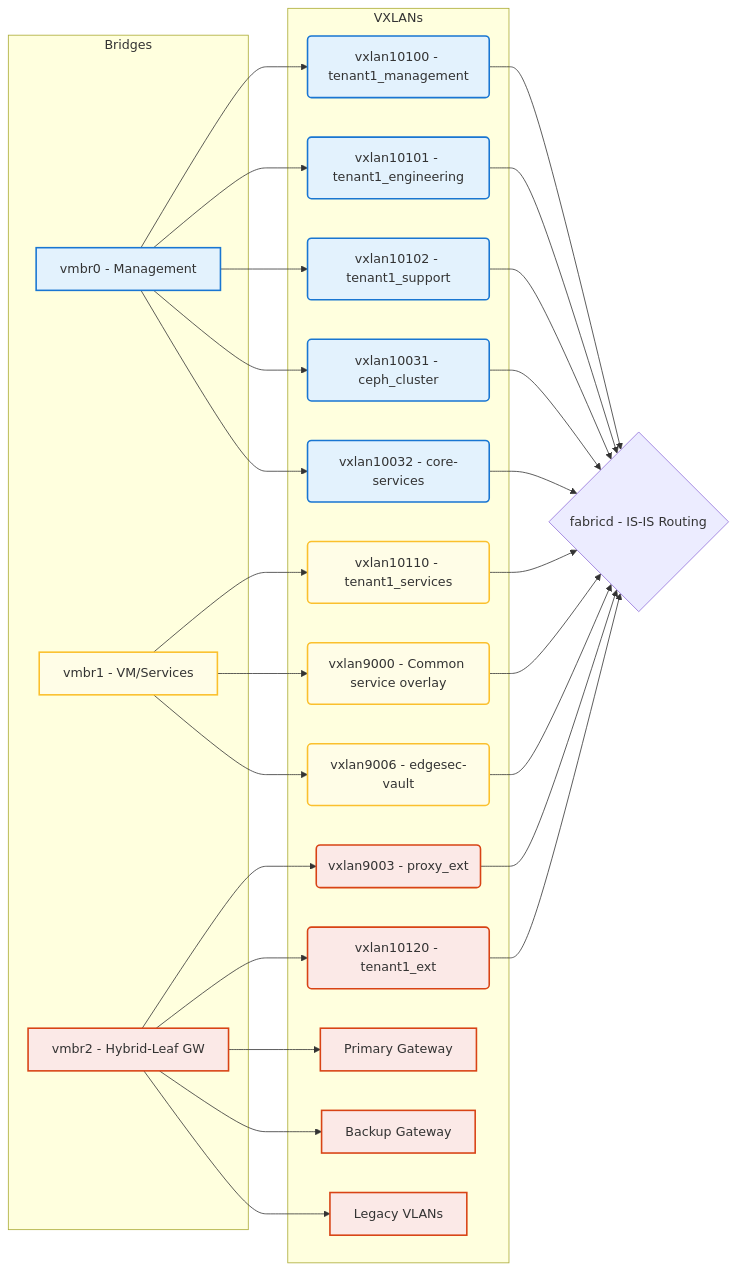
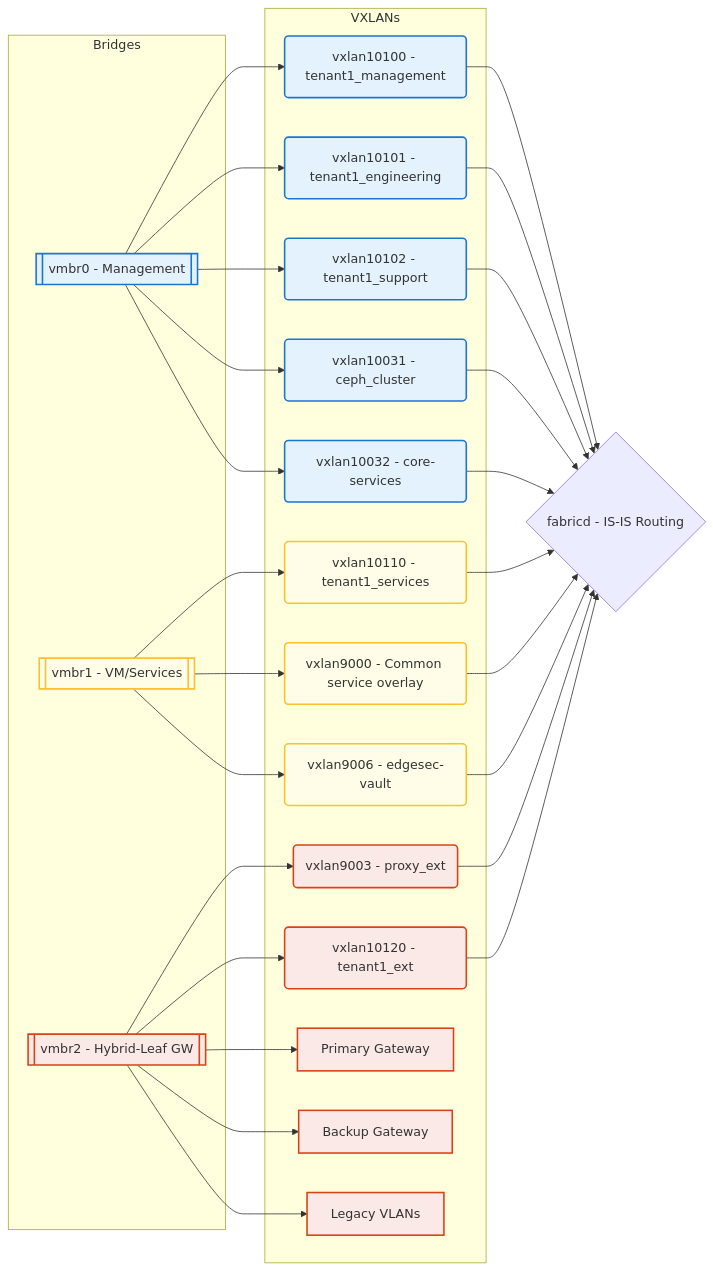
Before and after one commit to CEP-Comwell/proxmox_addons: the first of 4 diagrams in README.md, drawn with Mermaid. The commit also changed other lines of this file and 1 other file, not shown here.

Commit message:
test bridge as subroutine

````diff
--- a/README.md
+++ b/README.md
@@ -20,55 +20,55 @@
 ```mermaid
 graph LR
 subgraph Bridges
-	MgmtBridge[vmbr0 - Management]
-	VMBridge[vmbr1 - VM/Services]
-	ExtBridge[vmbr2 - Hybrid-Leaf GW]
+	MgmtBridge[[vmbr0 - Management]]
+	VMBridge[[vmbr1 - VM/Services]]
+	ExtBridge[[vmbr2 - Hybrid-Leaf GW]]
 end
 subgraph VXLANs
 	VX10100(vxlan10100 - tenant1_management)
 	VX10101(vxlan10101 - tenant1_engineering)
 	VX10102(vxlan10102 - tenant1_support)
 	VXCEPH2(vxlan10031 - ceph_cluster)
 	VX10032(vxlan10032 - core-services)
 	VX10110(vxlan10110 - tenant1_services)
 	VX9000(vxlan9000 - Common service overlay)
 	VX9006(vxlan9006 - edgesec-vault)
 	VX9003(vxlan9003 - proxy_ext)
 	VX10120(vxlan10120 - tenant1_ext)
 	Gateway1[Primary Gateway]
 	Gateway2[Backup Gateway]
 	LegacyVLAN[Legacy VLANs]
 end
 Fabricd{fabricd - IS-IS Routing}
 MgmtBridge --> VX10100
 MgmtBridge --> VX10101
 MgmtBridge --> VX10102
 MgmtBridge --> VXCEPH2
 MgmtBridge --> VX10032
 VMBridge --> VX10110
 VMBridge --> VX9000
 VMBridge --> VX9006
 ExtBridge --> VX9003
 ExtBridge --> VX10120
 ExtBridge --> Gateway1
 ExtBridge --> Gateway2
 ExtBridge --> LegacyVLAN
 VX10100 --> Fabricd
 VX10101 --> Fabricd
 VX10102 --> Fabricd
 VX10110 --> Fabricd
 VX9000 --> Fabricd
 VX9006 --> Fabricd
 VX9003 --> Fabricd
 VX10120 --> Fabricd
 VXCEPH2 --> Fabricd
 VX10032 --> Fabricd
 
 %% Color coding
 classDef mgmt fill:#e3f2fd,stroke:#1976d2,stroke-width:2px;
 classDef vm fill:#fffde7,stroke:#fbc02d,stroke-width:2px;
 classDef ext fill:#fbe9e7,stroke:#d84315,stroke-width:2px;
 class MgmtBridge,VX10100,VX10101,VX10102,VXCEPH2,VX10032 mgmt;
 class VMBridge,VX10110,VX9000,VX9006 vm;
 class ExtBridge,Gateway1,Gateway2,LegacyVLAN,VX9003,VX10120 ext;
 ```
````
